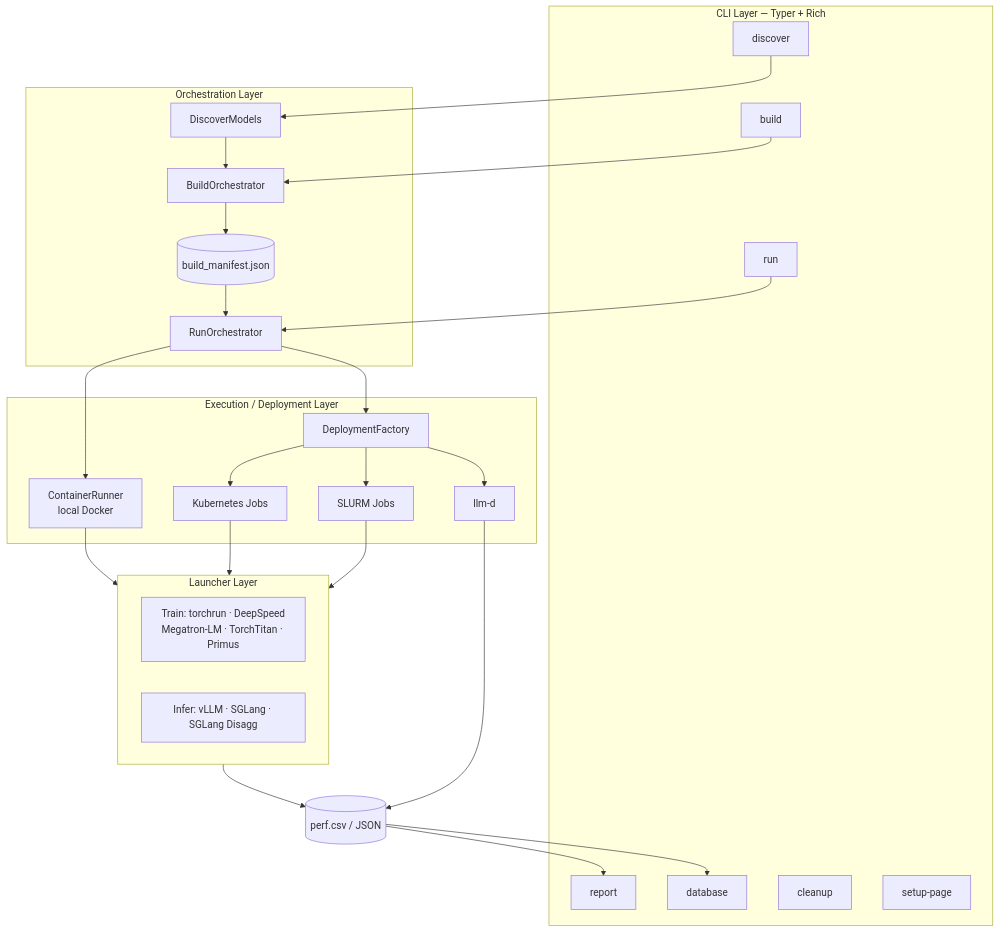
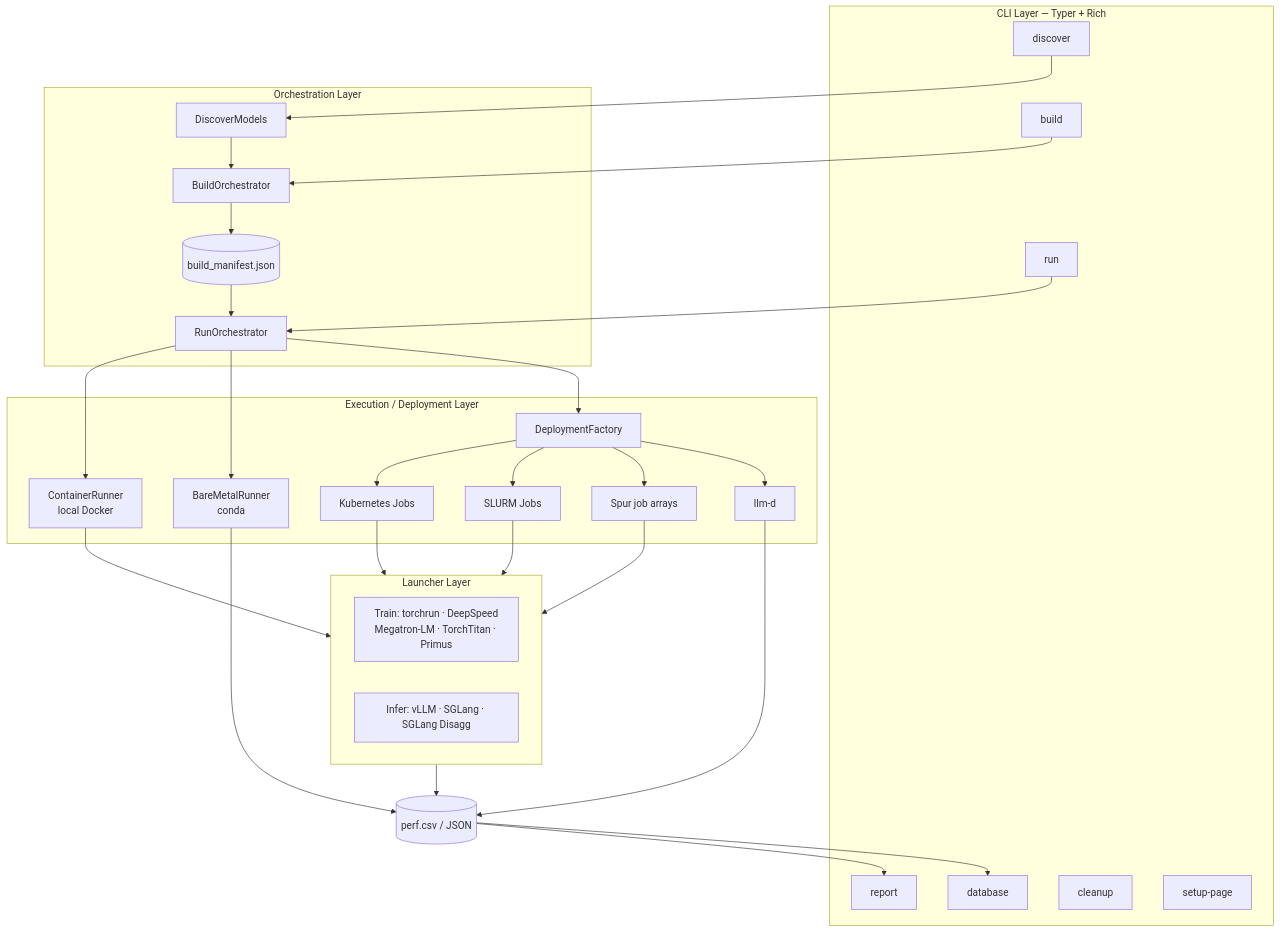
The diagram in docs/README.md (ROCm/madengine), drawn with Mermaid before and after one commit. The commit also changed other lines of this file and 9 other files, not shown here.

First line of the commit message:
docs: cover bare metal, Spur, and the current deployment targets

````diff
--- a/docs/README.md
+++ b/docs/README.md
@@ -42,52 +43,58 @@
 ```mermaid
 flowchart TB
     subgraph CLI["CLI Layer — Typer + Rich"]
         C1[discover]
         C2[build]
         C3[run]
         C4[report]
         C5[database]
         C6[cleanup]
         C7[setup-page]
     end
 
     subgraph ORC["Orchestration Layer"]
         O1[DiscoverModels]
         O2[BuildOrchestrator]
         O3[RunOrchestrator]
         MAN[(build_manifest.json)]
     end
 
     subgraph EXEC["Execution / Deployment Layer"]
         E1[ContainerRunner<br/>local Docker]
+        E0[BareMetalRunner<br/>conda]
         E2[DeploymentFactory]
         K8S[Kubernetes Jobs]
         SLURM[SLURM Jobs]
+        SPUR[Spur job arrays]
         LLMD[llm-d]
     end
 
     subgraph LAUNCH["Launcher Layer"]
         T[Train: torchrun · DeepSpeed<br/>Megatron-LM · TorchTitan · Primus]
         I[Infer: vLLM · SGLang · SGLang Disagg]
     end
 
     OUT[(perf.csv / JSON)]
 
     C1 --> O1
     C2 --> O2
     C3 --> O3
     O2 --> MAN --> O3
     O1 --> O2
     O3 --> E1
+    O3 --> E0
     O3 --> E2
     E2 --> K8S
     E2 --> SLURM
+    E2 --> SPUR
     E2 --> LLMD
     LLMD --> OUT
+    E0 --> OUT
     E1 --> LAUNCH
     K8S --> LAUNCH
     SLURM --> LAUNCH
+    SPUR --> LAUNCH
     LAUNCH --> OUT
     OUT --> C4
     OUT --> C5
 ```
````
